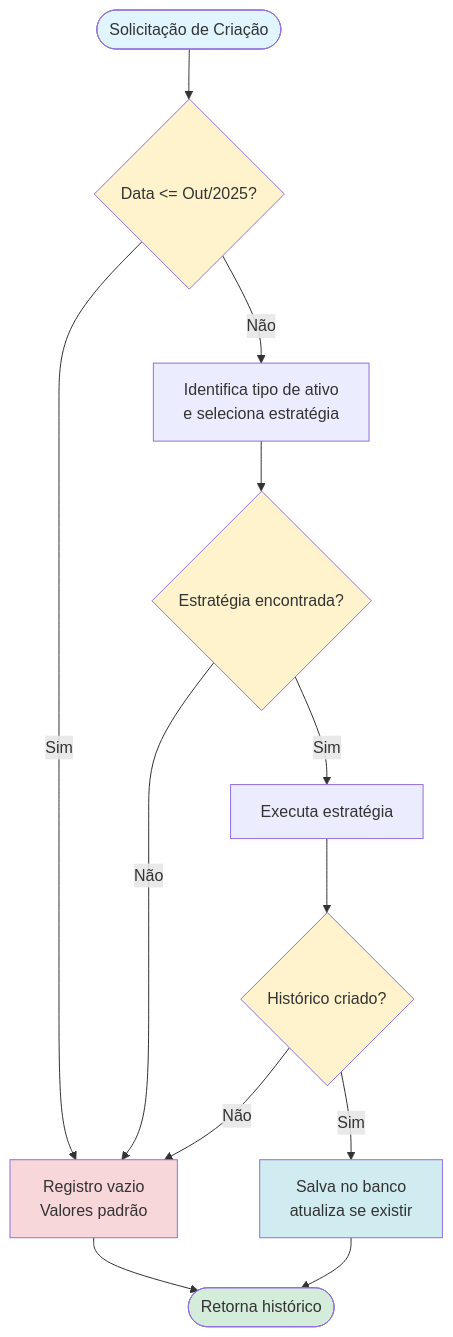
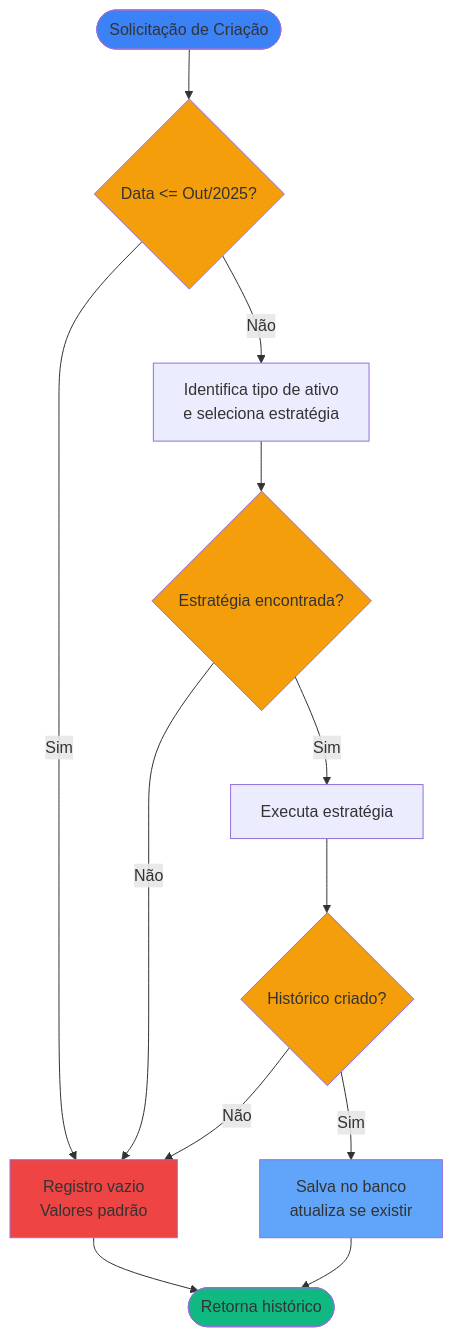
The first of 3 diagrams in docs/RN - Criar novo registro de histórico.md (enirsilvaferraz/Investments-KMP), drawn with Mermaid before and after one commit. The commit also changed other lines of this file, not shown here.

First line of the commit message:
docs: Update colors in Mermaid flowcharts

````diff
--- a/docs/RN - Criar novo registro de histórico.md
+++ b/docs/RN - Criar novo registro de histórico.md
@@ -26,25 +26,25 @@
 ```mermaid
 flowchart TD
     Start([Solicitação de Criação]) --> CheckDate{Data <= Out/2025?}
     CheckDate -->|Sim| Empty[Registro vazio<br/>Valores padrão]
     CheckDate -->|Não| SelectStrategy[Identifica tipo de ativo<br/>e seleciona estratégia]
     
     SelectStrategy --> HasStrategy{Estratégia encontrada?}
     HasStrategy -->|Não| Empty
     HasStrategy -->|Sim| Execute[Executa estratégia]
     
     Execute --> Success{Histórico criado?}
     Success -->|Não| Empty
     Success -->|Sim| Save[Salva no banco<br/>atualiza se existir]
     
     Save --> End([Retorna histórico])
     Empty --> End
     
-    style Start fill:#e1f5ff
-    style End fill:#d4edda
-    style CheckDate fill:#fff3cd
-    style HasStrategy fill:#fff3cd
-    style Success fill:#fff3cd
-    style Empty fill:#f8d7da
-    style Save fill:#d1ecf1
+    style Start fill:#3b82f6
+    style End fill:#10b981
+    style CheckDate fill:#f59e0b
+    style HasStrategy fill:#f59e0b
+    style Success fill:#f59e0b
+    style Empty fill:#ef4444
+    style Save fill:#60a5fa
 ```
````
